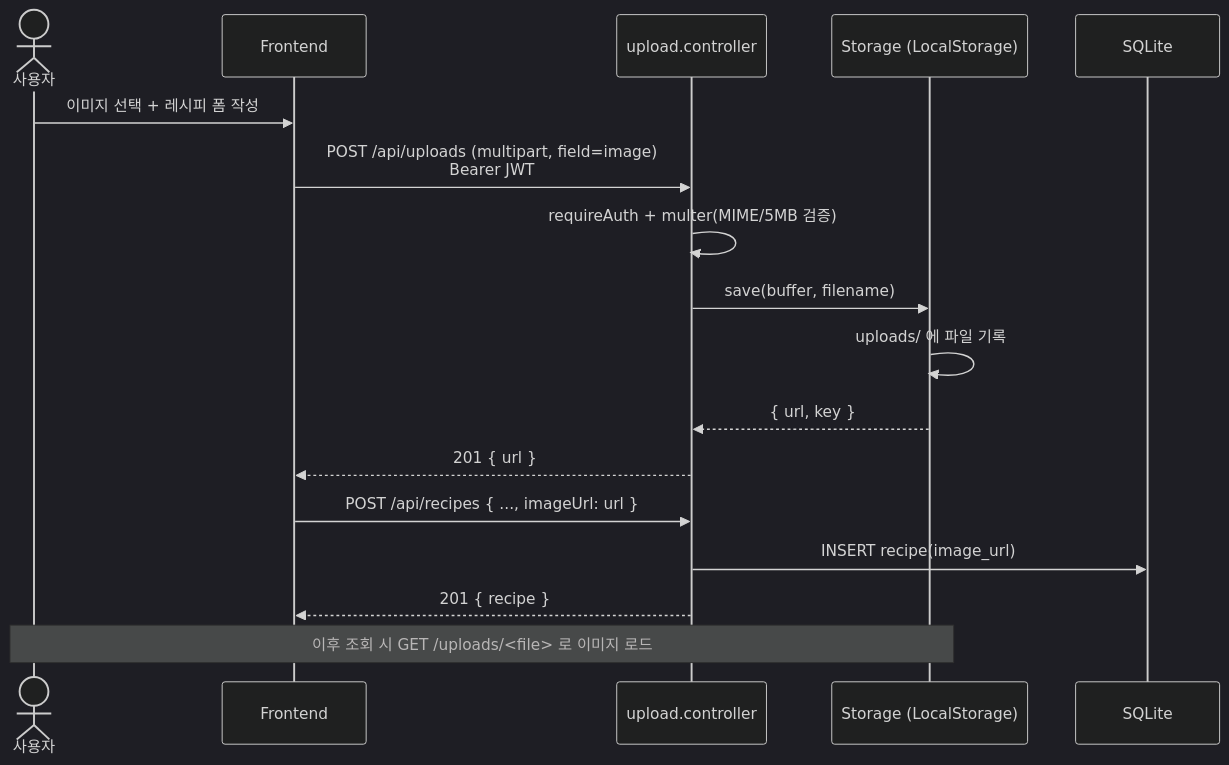
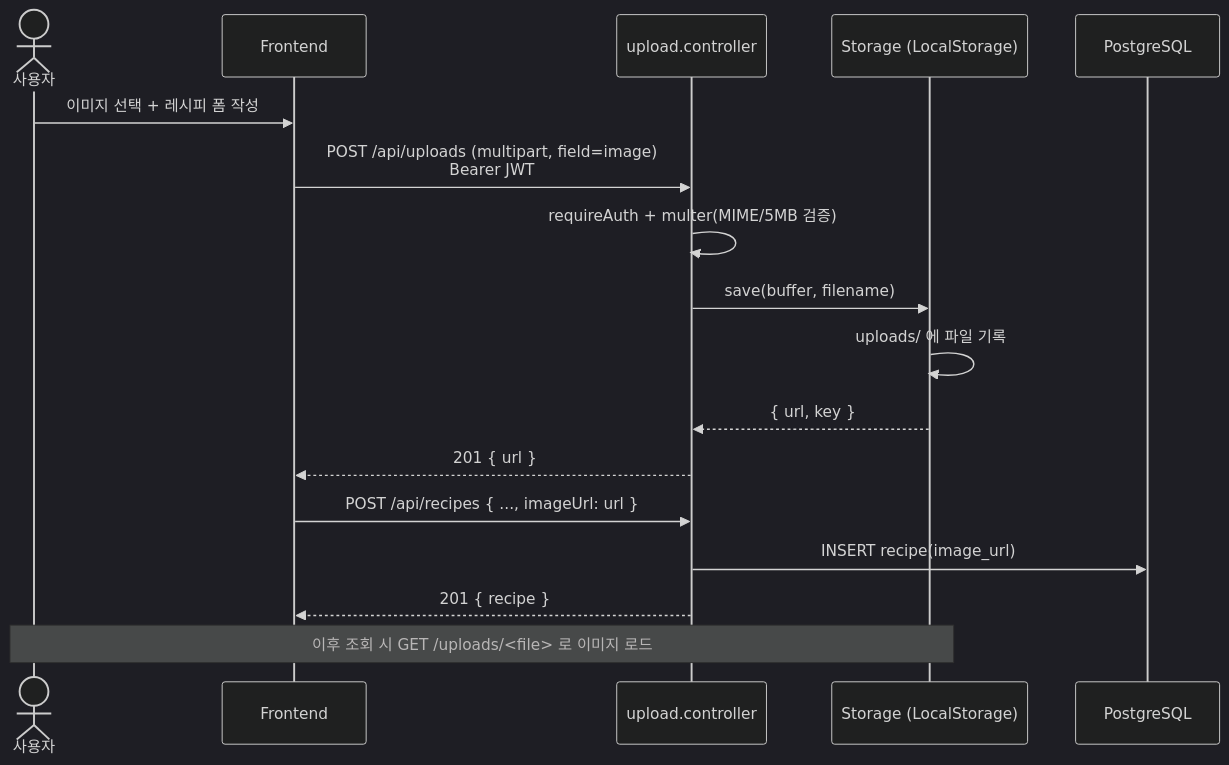
One commit to ilkwonkim71/cookshare changed the fifth of 9 diagrams in docs/ARCHITECTURE.md. Above: the diagram before and after it, drawn with Mermaid (dark theme). The commit also changed other lines of this file, not shown here.

First line of the commit message:
docs: update architecture diagrams from SQLite to Postgres

````diff
--- a/docs/ARCHITECTURE.md
+++ b/docs/ARCHITECTURE.md
@@ -163,20 +163,20 @@
 ```mermaid
 sequenceDiagram
     actor U as 사용자
     participant FE as Frontend
     participant BE as upload.controller
     participant ST as Storage (LocalStorage)
-    participant DB as SQLite
+    participant DB as PostgreSQL
 
     U->>FE: 이미지 선택 + 레시피 폼 작성
     FE->>BE: POST /api/uploads (multipart, field=image)<br/>Bearer JWT
     BE->>BE: requireAuth + multer(MIME/5MB 검증)
     BE->>ST: save(buffer, filename)
     ST->>ST: uploads/ 에 파일 기록
     ST-->>BE: { url, key }
     BE-->>FE: 201 { url }
     FE->>BE: POST /api/recipes { ..., imageUrl: url }
     BE->>DB: INSERT recipe(image_url)
     BE-->>FE: 201 { recipe }
     Note over U,ST: 이후 조회 시 GET /uploads/<file> 로 이미지 로드
 ```
````
